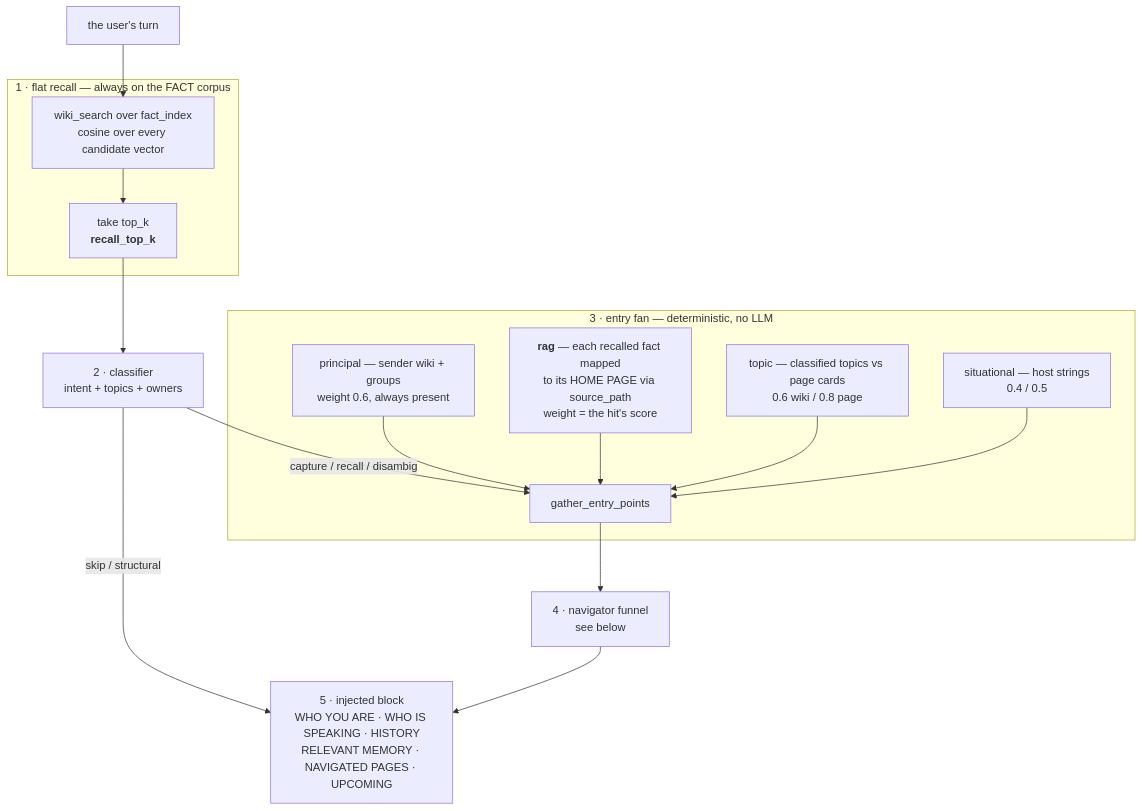
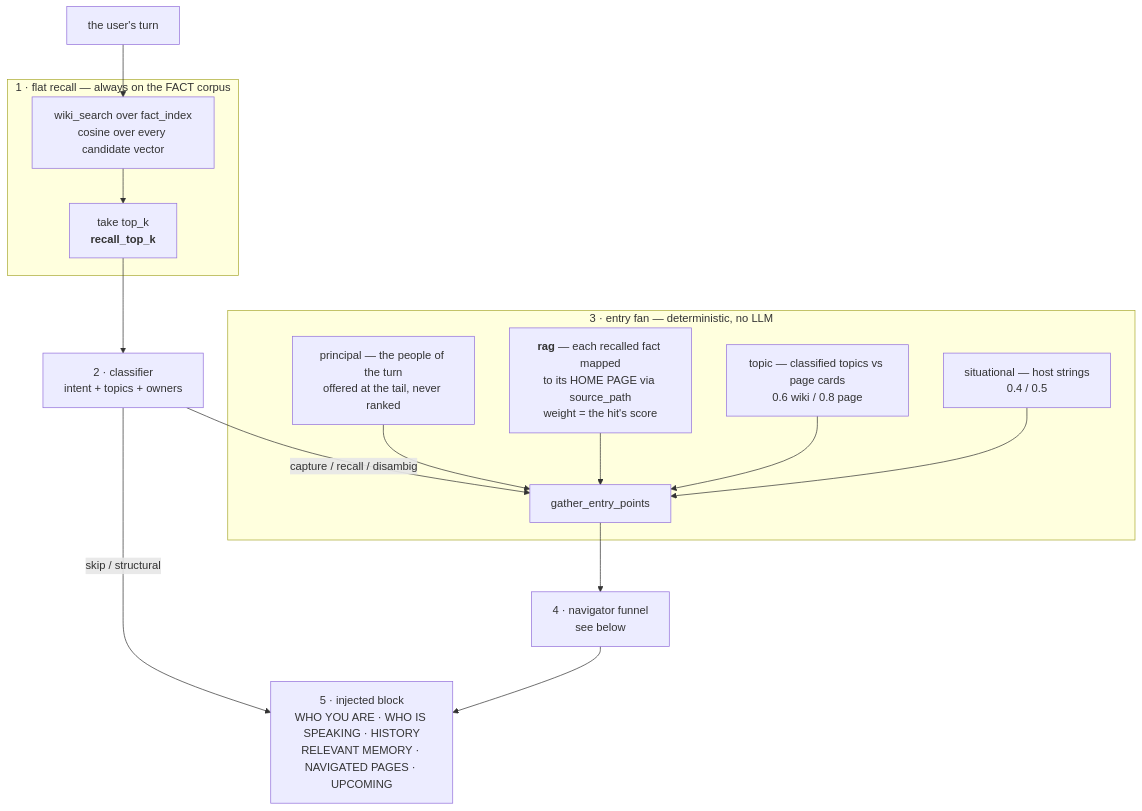
The first of 2 diagrams in docs/design-notes/recall-pipeline.md (Fr4nZ82/mwe-mcp), drawn with Mermaid before and after one commit. The commit also changed other lines of this file and 13 other files, not shown here.

````diff
--- a/docs/design-notes/recall-pipeline.md
+++ b/docs/design-notes/recall-pipeline.md
@@ -20,24 +20,24 @@
 ```mermaid
 flowchart TB
     T["the user's turn"] --> RAG
 
     subgraph P1["1 · flat recall — always on the FACT corpus"]
         RAG["wiki_search over fact_index<br/>cosine over every candidate vector"]
         RAG --> TOPK["take top_k<br/><b>recall_top_k</b>"]
     end
 
     TOPK --> CLS["2 · classifier<br/>intent + topics + owners"]
     CLS -->|"capture / recall / disambig"| FAN
     CLS -->|"skip / structural"| BLOCK
 
     subgraph P3["3 · entry fan — deterministic, no LLM"]
         FAN["gather_entry_points"]
-        S1["principal — sender wiki + groups<br/>weight 0.6, always present"] --> FAN
+        S1["principal — the people of the turn<br/>offered at the tail, never ranked"] --> FAN
         S2["<b>rag</b> — each recalled fact mapped<br/>to its HOME PAGE via source_path<br/>weight = the hit's score"] --> FAN
         S3["topic — classified topics vs page cards<br/>0.6 wiki / 0.8 page"] --> FAN
         S4["situational — host strings<br/>0.4 / 0.5"] --> FAN
     end
 
     FAN --> NAV["4 · navigator funnel<br/>see below"]
     NAV --> BLOCK["5 · injected block<br/>WHO YOU ARE · WHO IS SPEAKING · HISTORY<br/>RELEVANT MEMORY · NAVIGATED PAGES · UPCOMING"]
 ```
````
